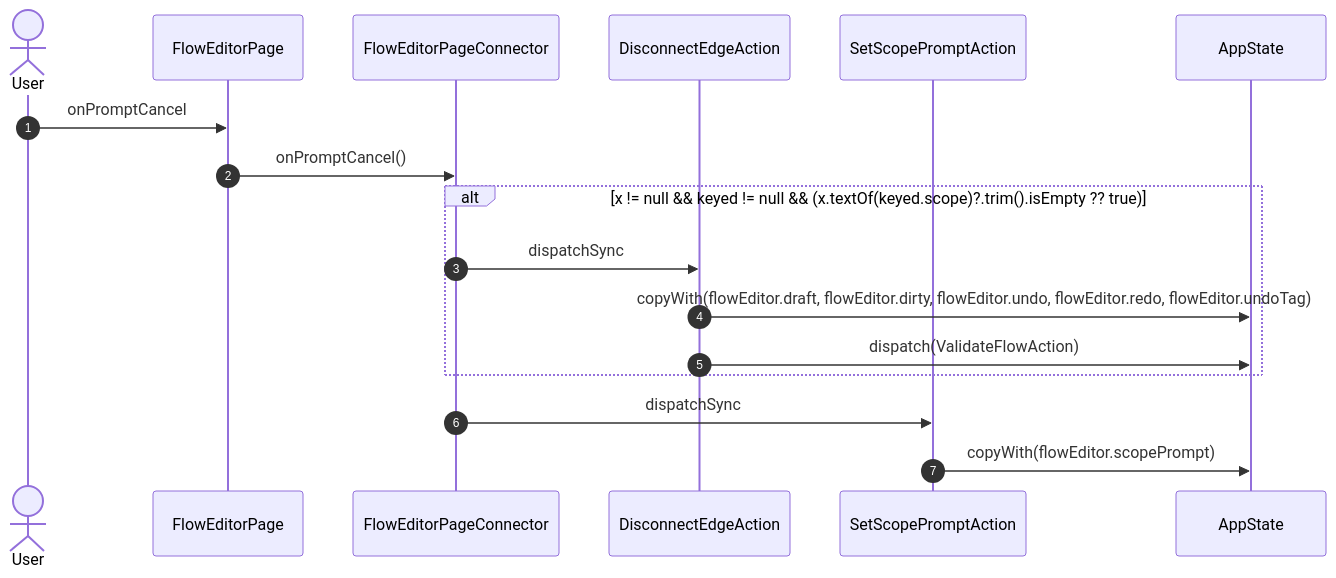
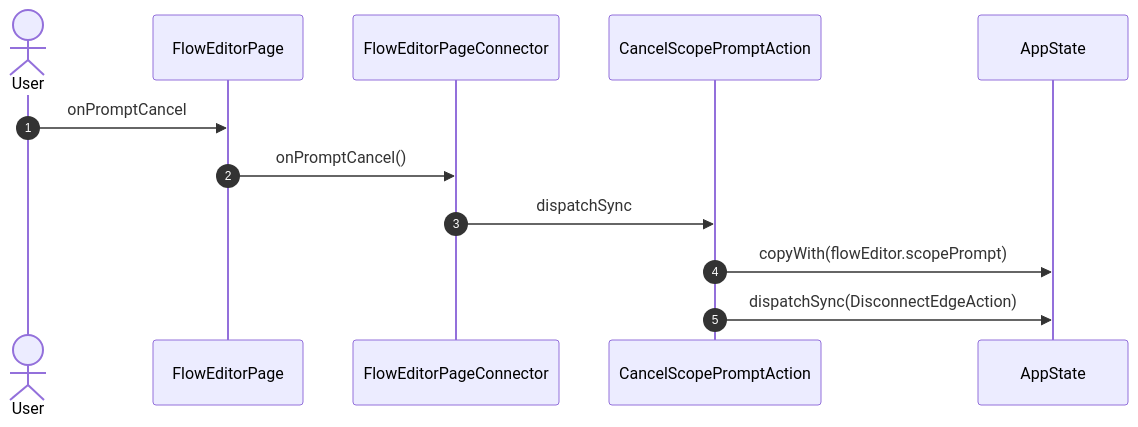
Before and after one commit to gencto/wyrm: the eighth of 42 diagrams in studio/docs/flows/flowEditor.md, drawn with Mermaid. The commit also changed other lines of this file and 49 other files, not shown here.

````diff
--- a/studio/docs/flows/flowEditor.md
+++ b/studio/docs/flows/flowEditor.md
@@ -166,20 +151,15 @@
 ```mermaid
 sequenceDiagram
     autonumber
     actor User
     participant UI as FlowEditorPage
     participant VM as FlowEditorPageConnector
-    participant A1 as DisconnectEdgeAction
-    participant A2 as SetScopePromptAction
+    participant A1 as CancelScopePromptAction
     participant ST as AppState
 
     User->>UI: onPromptCancel
     UI->>VM: onPromptCancel()
-    alt x != null && keyed != null && (x.textOf(keyed.scope)?.trim().isEmpty ?? true)
-        VM->>A1: dispatchSync
-        A1->>ST: copyWith(flowEditor.draft, flowEditor.dirty, flowEditor.undo, flowEditor.redo, flowEditor.undoTag)
-        A1->>ST: dispatch(ValidateFlowAction)
-    end
-    VM->>A2: dispatchSync
-    A2->>ST: copyWith(flowEditor.scopePrompt)
+    VM->>A1: dispatchSync
+    A1->>ST: copyWith(flowEditor.scopePrompt)
+    A1->>ST: dispatchSync(DisconnectEdgeAction)
 ```
````
